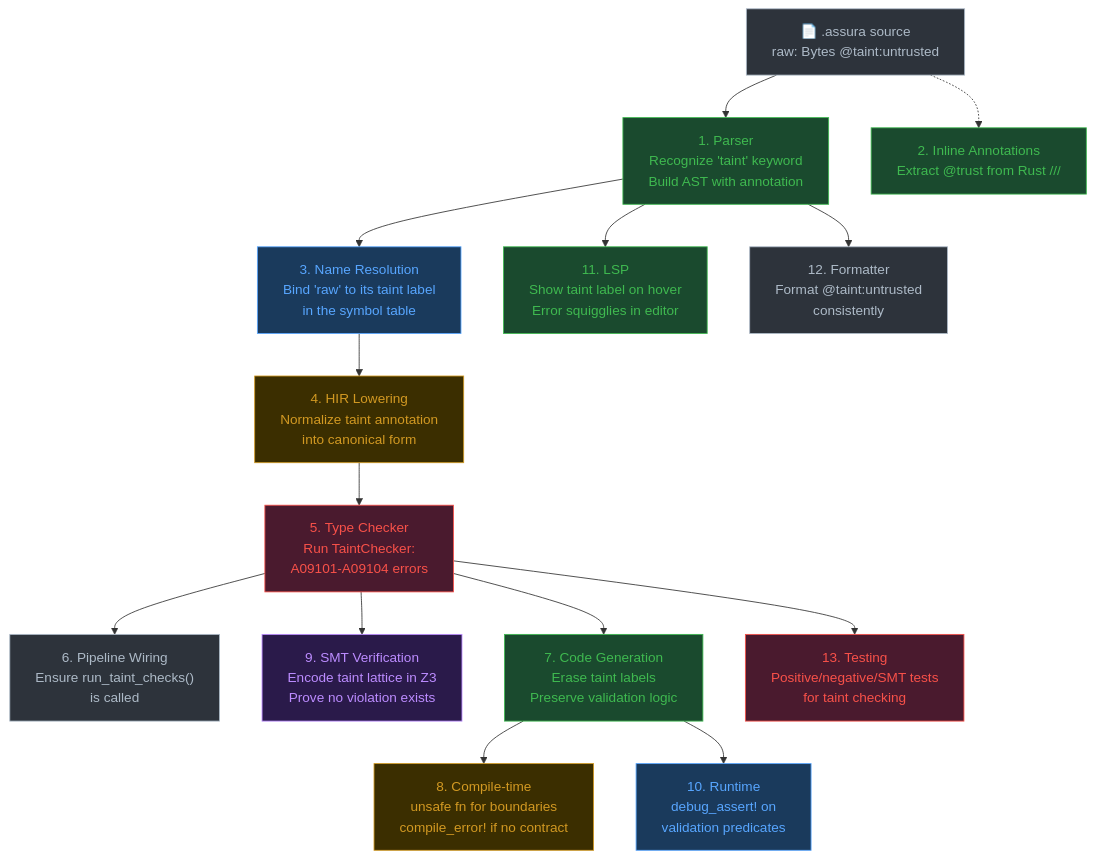
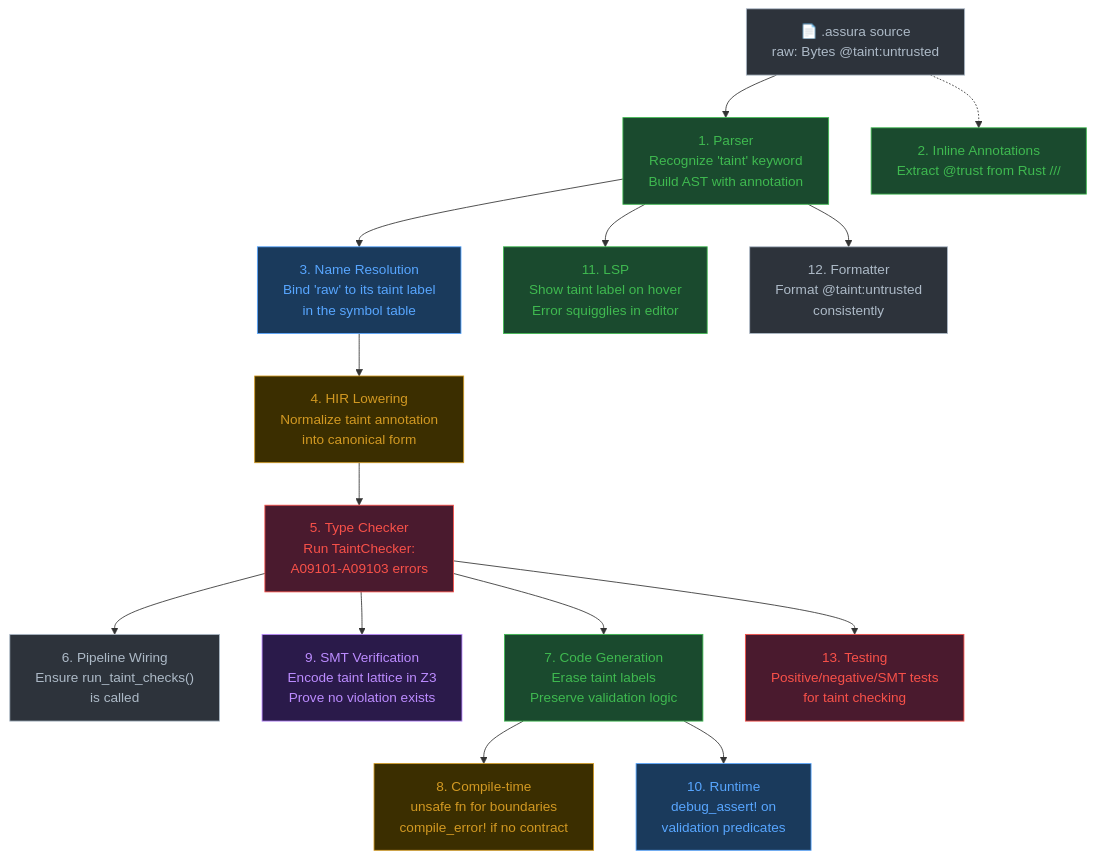
The eighth of 8 diagrams in docs/EXPLAINER.md (assura-lang/assura), drawn with Mermaid before and after one commit. The commit also changed other lines of this file and 6 other files, not shown here.

````diff
--- a/docs/EXPLAINER.md
+++ b/docs/EXPLAINER.md
@@ -748,44 +747,44 @@
 ```mermaid
 graph TD
     SRC["📄 .assura source\nraw: Bytes @taint:untrusted"]
 
     SRC --> P["1. Parser\nRecognize 'taint' keyword\nBuild AST with annotation"]
     SRC -.-> IA["2. Inline Annotations\nExtract @trust from Rust ///"]
 
     P --> NR["3. Name Resolution\nBind 'raw' to its taint label\nin the symbol table"]
 
     NR --> HIR["4. HIR Lowering\nNormalize taint annotation\ninto canonical form"]
 
-    HIR --> TC["5. Type Checker\nRun TaintChecker:\nA09101-A09104 errors"]
+    HIR --> TC["5. Type Checker\nRun TaintChecker:\nA09101-A09103 errors"]
 
     TC --> PW["6. Pipeline Wiring\nEnsure run_taint_checks()\nis called"]
 
     TC --> SMT["9. SMT Verification\nEncode taint lattice in Z3\nProve no violation exists"]
 
     TC --> CG["7. Code Generation\nErase taint labels\nPreserve validation logic"]
 
     CG --> CT["8. Compile-time\nunsafe fn for boundaries\ncompile_error! if no contract"]
 
     CG --> RT["10. Runtime\ndebug_assert! on\nvalidation predicates"]
 
     P --> LSP["11. LSP\nShow taint label on hover\nError squigglies in editor"]
 
     P --> FMT["12. Formatter\nFormat @taint:untrusted\nconsistently"]
 
     TC --> TST["13. Testing\nPositive/negative/SMT tests\nfor taint checking"]
 
     style SRC fill:#2d333b,stroke:#adbac7,color:#adbac7
     style P fill:#1a4a2e,stroke:#3fb950,color:#3fb950
     style IA fill:#1a4a2e,stroke:#3fb950,color:#3fb950
     style NR fill:#1a3a5c,stroke:#58a6ff,color:#58a6ff
     style HIR fill:#3b2e00,stroke:#d29922,color:#d29922
     style TC fill:#4a1a2e,stroke:#f85149,color:#f85149
     style PW fill:#2d333b,stroke:#adbac7,color:#adbac7
     style SMT fill:#2a1a4a,stroke:#bc8cff,color:#bc8cff
     style CG fill:#1a4a2e,stroke:#3fb950,color:#3fb950
     style CT fill:#3b2e00,stroke:#d29922,color:#d29922
     style RT fill:#1a3a5c,stroke:#58a6ff,color:#58a6ff
     style LSP fill:#1a4a2e,stroke:#3fb950,color:#3fb950
     style FMT fill:#2d333b,stroke:#adbac7,color:#adbac7
     style TST fill:#4a1a2e,stroke:#f85149,color:#f85149
 ```
````
